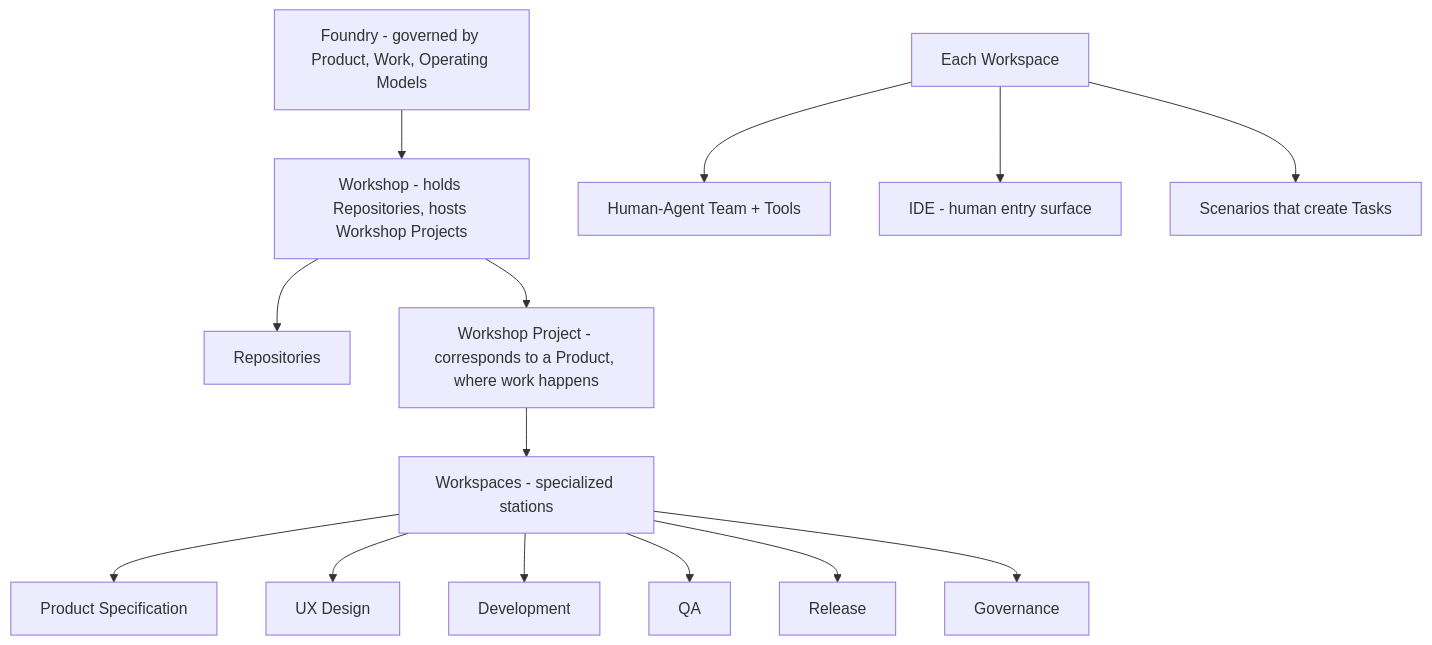
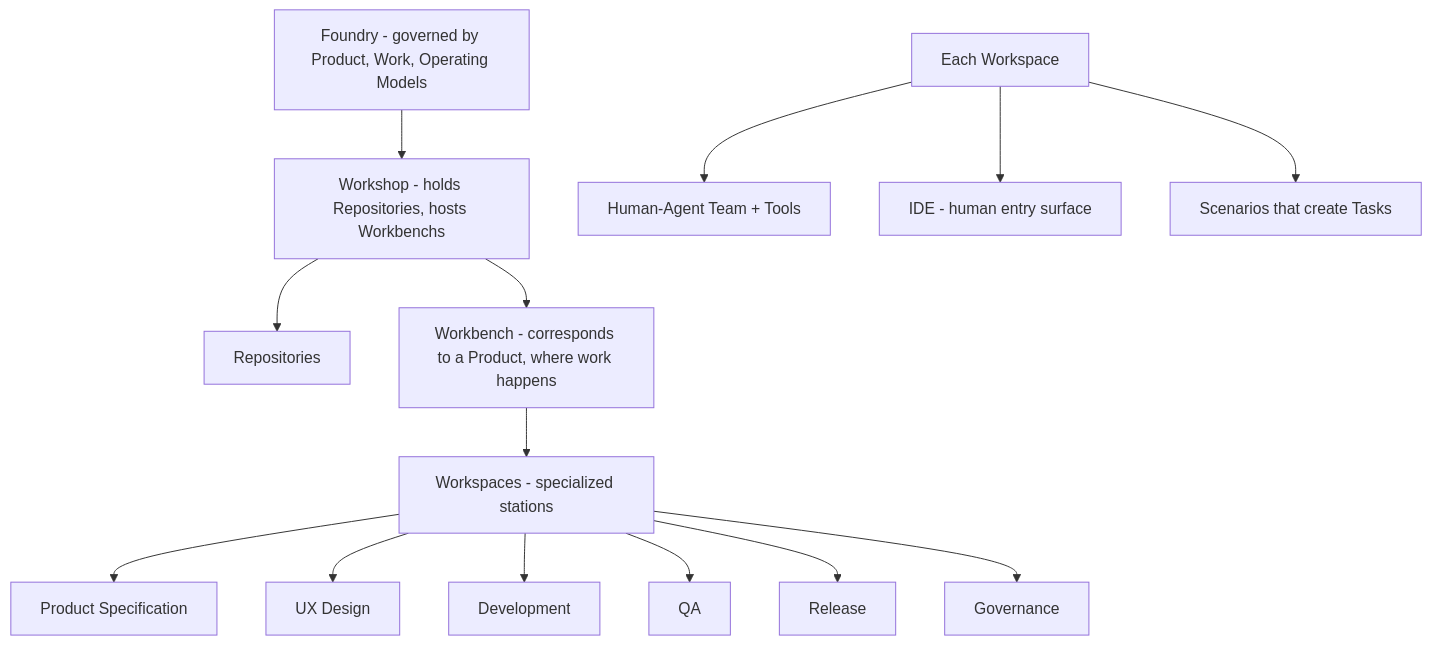
One commit to gramki/temp-website changed the diagram in foundry/ace/README.md. Above: the diagram before and after it, drawn with Mermaid. The commit also changed other lines of this file and 20 other files, not shown here.

````diff
--- a/foundry/ace/README.md
+++ b/foundry/ace/README.md
@@ -24,18 +24,18 @@
 ```mermaid
 graph TD
   Foundry[Foundry - governed by Product, Work, Operating Models]
-  Foundry --> Workshop[Workshop - holds Repositories, hosts Workshop Projects]
+  Foundry --> Workshop[Workshop - holds Repositories, hosts Workbenchs]
   Workshop --> Repos[Repositories]
-  Workshop --> Project[Workshop Project - corresponds to a Product, where work happens]
+  Workshop --> Project[Workbench - corresponds to a Product, where work happens]
   Project --> Workspaces[Workspaces - specialized stations]
   Workspaces --> Spec[Product Specification]
   Workspaces --> UX[UX Design]
   Workspaces --> Dev[Development]
   Workspaces --> QA[QA]
   Workspaces --> Release[Release]
   Workspaces --> Gov[Governance]
   Workspace[Each Workspace]
   Workspace --> Team[Human-Agent Team + Tools]
   Workspace --> IDE[IDE - human entry surface]
   Workspace --> Scenarios[Scenarios that create Tasks]
 ```
````
